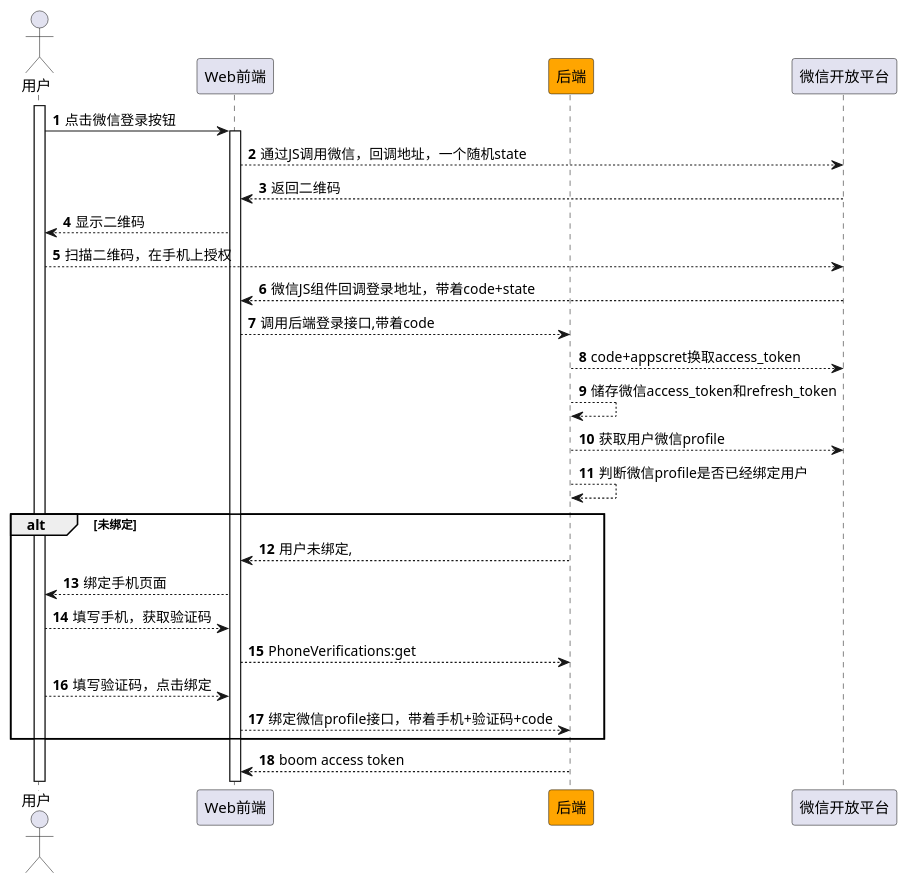
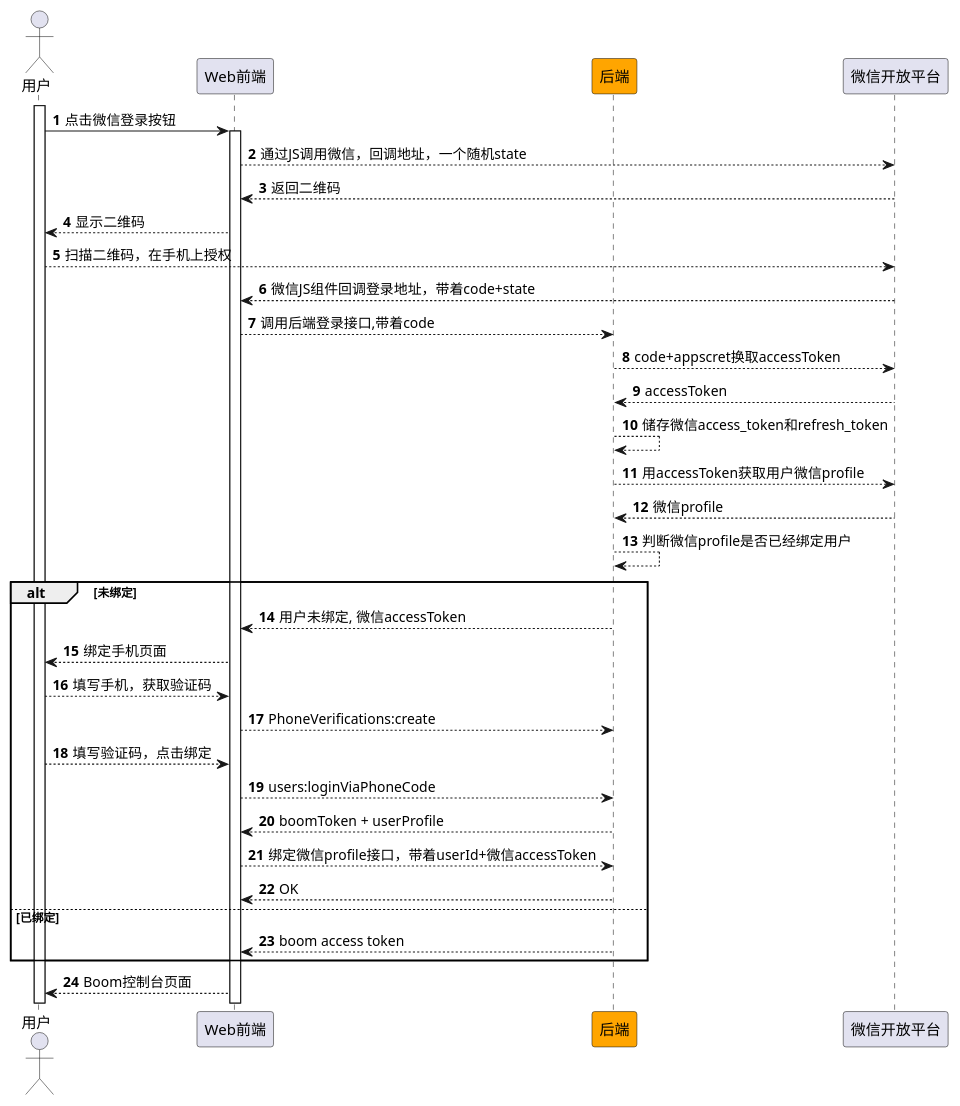
One commit to warren-wupeng/my-notes changed the diagram in boom/wechat-web.wsd. Above: the diagram before and after it, drawn with PlantUML. The commit also changed 2 other files, not shown here.

```diff
--- a/boom/wechat-web.wsd
+++ b/boom/wechat-web.wsd
@@ -1,40 +1,47 @@
 @startuml
 
 autonumber
 
 actor "用户" as User
 participant "Web前端" as WebFrontend
 participant "后端" as Backend #orange
 participant "微信开放平台" as WeChat
 
 activate User
 
 User -> WebFrontend: 点击微信登录按钮
 activate WebFrontend
 
 WebFrontend --> WeChat: 通过JS调用微信，回调地址，一个随机state
 WeChat --> WebFrontend: 返回二维码
 
 WebFrontend --> User: 显示二维码
 User --> WeChat: 扫描二维码，在手机上授权
 WeChat --> WebFrontend: 微信JS组件回调登录地址，带着code+state
 WebFrontend --> Backend: 调用后端登录接口,带着code
-Backend --> WeChat: code+appscret换取access_token
+Backend --> WeChat: code+appscret换取accessToken
+WeChat --> Backend: accessToken
 Backend --> Backend: 储存微信access_token和refresh_token
-Backend --> WeChat: 获取用户微信profile
+Backend --> WeChat: 用accessToken获取用户微信profile
+WeChat --> Backend: 微信profile
 Backend --> Backend: 判断微信profile是否已经绑定用户
 
 
 alt  未绑定
-Backend --> WebFrontend: 用户未绑定, 
+Backend --> WebFrontend: 用户未绑定, 微信accessToken
 WebFrontend --> User: 绑定手机页面
 User --> WebFrontend: 填写手机，获取验证码
-WebFrontend --> Backend: PhoneVerifications:get
+WebFrontend --> Backend: PhoneVerifications:create
 User --> WebFrontend: 填写验证码，点击绑定
-WebFrontend --> Backend: 绑定微信profile接口，带着手机+验证码+code
+WebFrontend --> Backend: users:loginViaPhoneCode
+Backend --> WebFrontend: boomToken + userProfile
+WebFrontend --> Backend: 绑定微信profile接口，带着userId+微信accessToken
+Backend --> WebFrontend: OK
+else 已绑定
+Backend --> WebFrontend: boom access token
+end
 
-end
-Backend --> WebFrontend: boom access token
+WebFrontend --> User: Boom控制台页面
 
 
 @enduml
```
